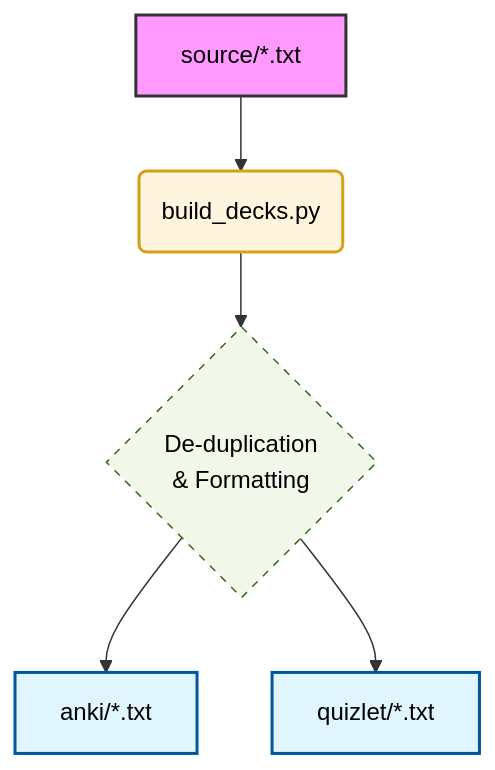
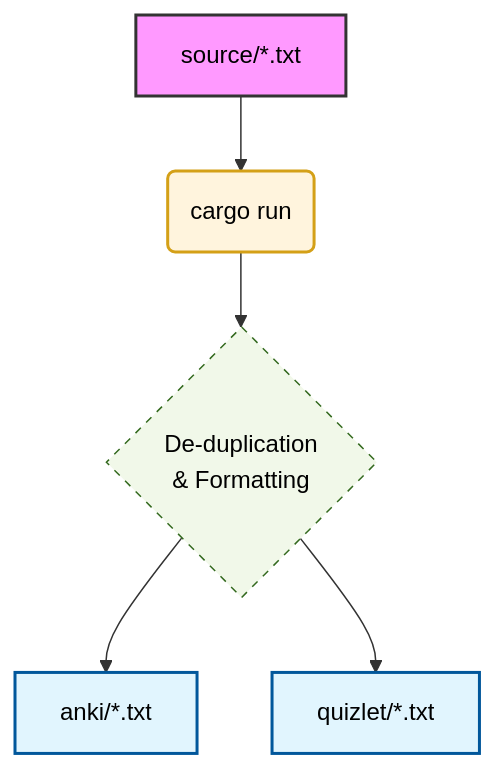
Before and after one commit to andreysey/anki-b2: the diagram in README.md, drawn with Mermaid. The commit also changed other lines of this file and 29 other files, not shown here.

Commit message:
feat: Rewrite deck generation and standardization logic in Rust and Python, update build process, and regenerate decks.

````diff
--- a/README.md
+++ b/README.md
@@ -26,20 +27,20 @@
 ```mermaid
 graph TD
     %% Define Styles
     classDef source fill:#ff99ff,stroke:#333,stroke-width:2px,color:#000;
     classDef tool fill:#fff4dd,stroke:#d4a017,stroke-width:2px,color:#000;
     classDef output fill:#e1f5fe,stroke:#01579b,stroke-width:2px,color:#000;
     classDef logic fill:#f1f8e9,stroke:#33691e,stroke-dasharray: 5 5,color:#000;
 
     %% Workflow
-    S[source/*.txt] --> B(build_decks.py)
+    S[source/*.txt] --> B(cargo run)
     B --> L{"De-duplication<br/>& Formatting"}
     L --> A[anki/*.txt]
     L --> Q[quizlet/*.txt]
 
     %% Assign Classes
     class S source;
     class B tool;
     class A,Q output;
     class L logic;
 ```
````
